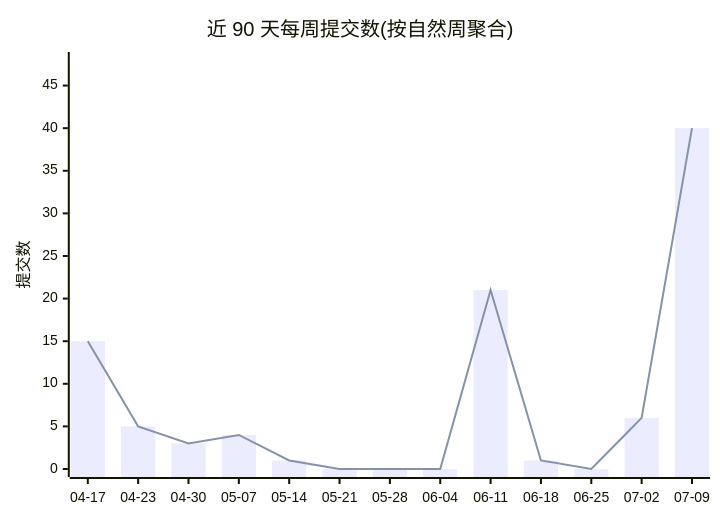
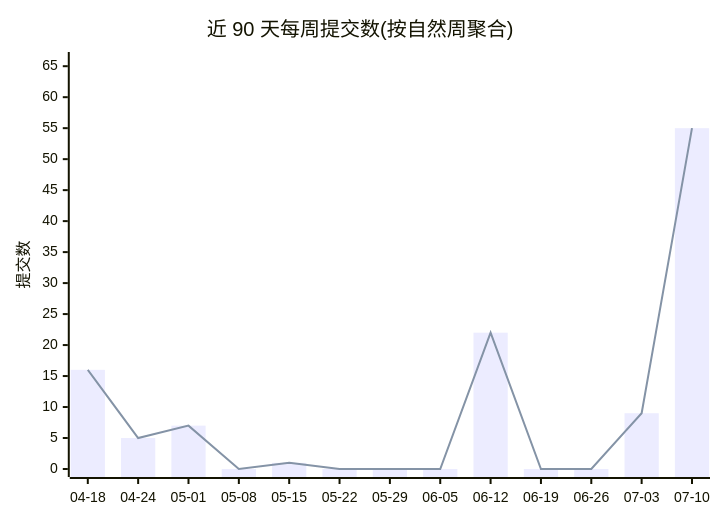
Before and after one commit to Conflux-Union/.github: the first of 2 diagrams in profile/README.md, drawn with Mermaid. The commit also changed other lines of this file and 1 other file, not shown here.

````diff
--- a/profile/README.md
+++ b/profile/README.md
@@ -44,8 +44,8 @@
 ```mermaid
 xychart-beta
     title "近 90 天每周提交数(按自然周聚合)"
-    x-axis ["04-17", "04-23", "04-30", "05-07", "05-14", "05-21", "05-28", "06-04", "06-11", "06-18", "06-25", "07-02", "07-09"]
-    y-axis "提交数" 0 --> 48
-    bar [15, 5, 3, 4, 1, 0, 0, 0, 21, 1, 0, 6, 40]
-    line [15, 5, 3, 4, 1, 0, 0, 0, 21, 1, 0, 6, 40]
+    x-axis ["04-18", "04-24", "05-01", "05-08", "05-15", "05-22", "05-29", "06-05", "06-12", "06-19", "06-26", "07-03", "07-10"]
+    y-axis "提交数" 0 --> 66
+    bar [16, 5, 7, 0, 1, 0, 0, 0, 22, 0, 0, 9, 55]
+    line [16, 5, 7, 0, 1, 0, 0, 0, 22, 0, 0, 9, 55]
 ```
````
